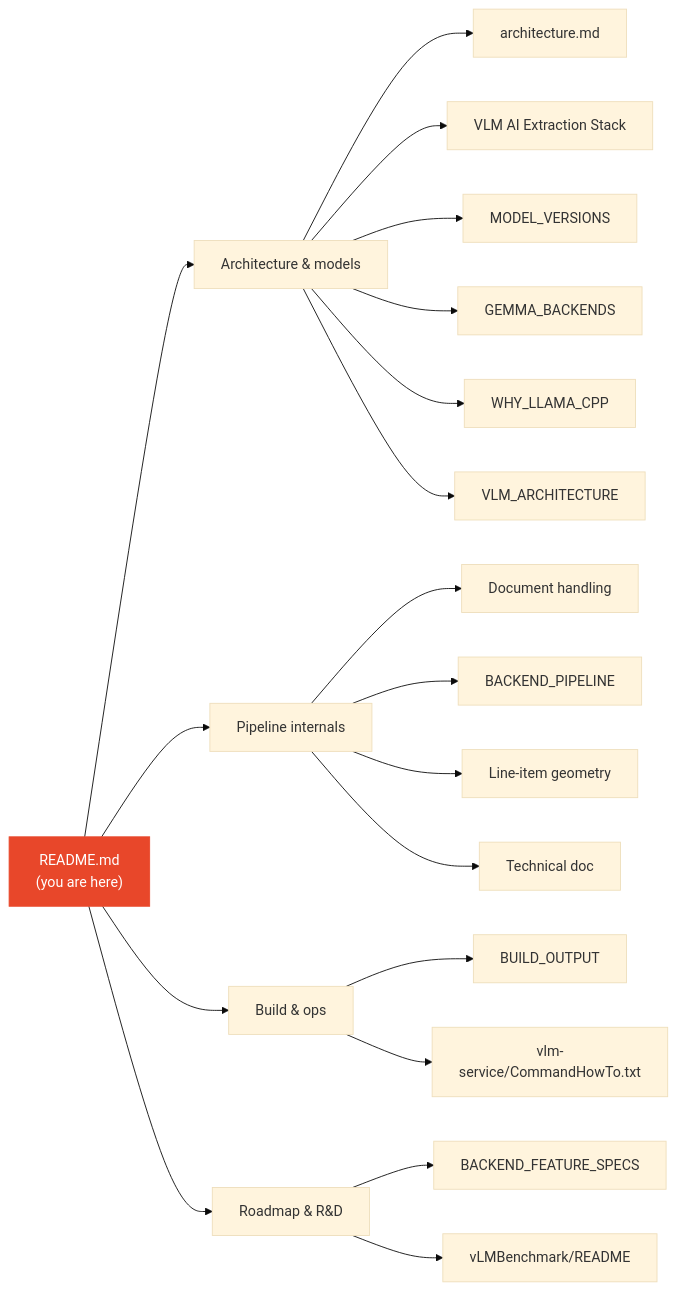
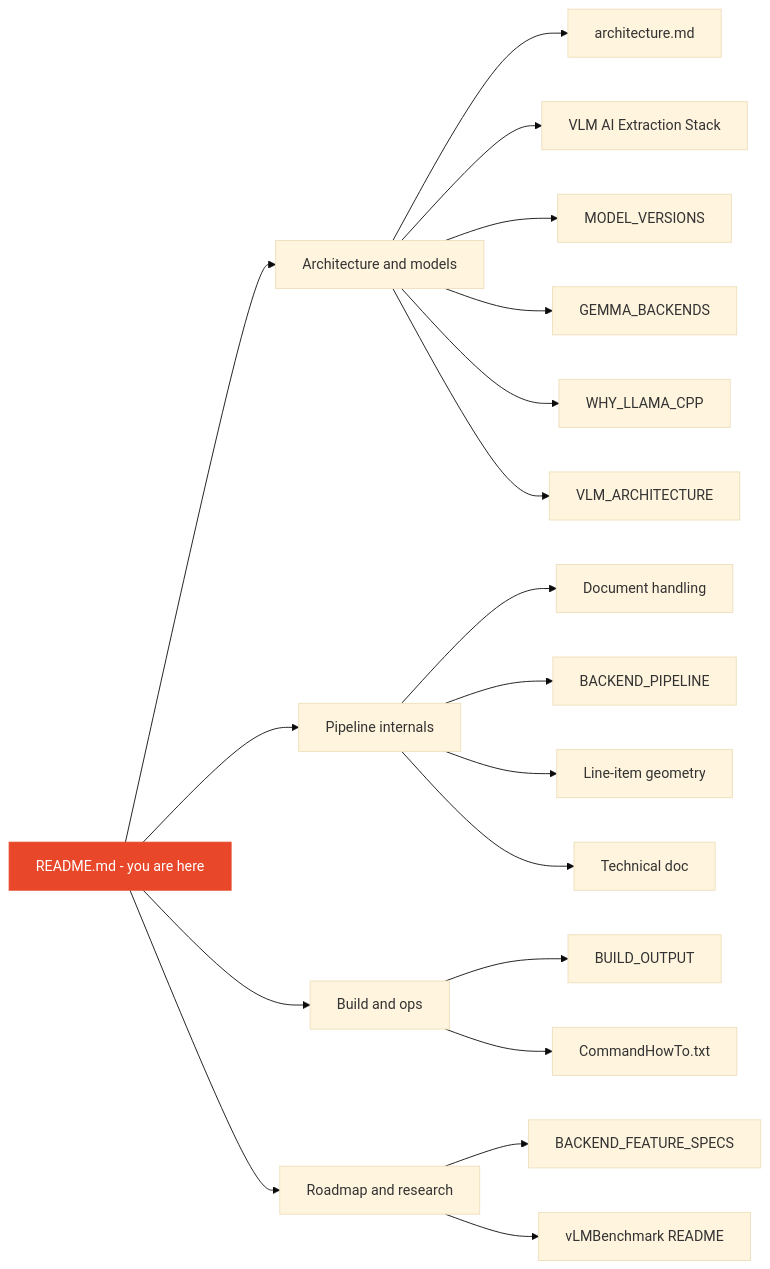
Before and after one commit to georgeGeorgakakos/optimusInvoice: the second of 6 diagrams in README.md, drawn with Mermaid (base theme). The commit also changed other lines of this file, not shown here.

````diff
--- a/README.md
+++ b/README.md
@@ -136,23 +136,23 @@
 ```mermaid
 flowchart LR
-    R["README.md<br/>(you are here)"]:::main
-    R --> A["Architecture &amp; models"]
+    R["README.md - you are here"]
+    R --> A["Architecture and models"]
     R --> P["Pipeline internals"]
-    R --> O["Build &amp; ops"]
-    R --> F["Roadmap &amp; R&amp;D"]
-    A --> A1[architecture.md]
-    A --> A2[VLM AI Extraction Stack]
-    A --> A3[MODEL_VERSIONS]
-    A --> A4[GEMMA_BACKENDS]
-    A --> A5[WHY_LLAMA_CPP]
-    A --> A6[VLM_ARCHITECTURE]
-    P --> P1[Document handling]
-    P --> P2[BACKEND_PIPELINE]
-    P --> P3[Line-item geometry]
-    P --> P4[Technical doc]
-    O --> O1[BUILD_OUTPUT]
-    O --> O2[vlm-service/CommandHowTo.txt]
-    F --> F1[BACKEND_FEATURE_SPECS]
-    F --> F2[vLMBenchmark/README]
-    classDef main fill:#E8472A,color:#fff,stroke:#E8472A
+    R --> O["Build and ops"]
+    R --> F["Roadmap and research"]
+    A --> A1["architecture.md"]
+    A --> A2["VLM AI Extraction Stack"]
+    A --> A3["MODEL_VERSIONS"]
+    A --> A4["GEMMA_BACKENDS"]
+    A --> A5["WHY_LLAMA_CPP"]
+    A --> A6["VLM_ARCHITECTURE"]
+    P --> P1["Document handling"]
+    P --> P2["BACKEND_PIPELINE"]
+    P --> P3["Line-item geometry"]
+    P --> P4["Technical doc"]
+    O --> O1["BUILD_OUTPUT"]
+    O --> O2["CommandHowTo.txt"]
+    F --> F1["BACKEND_FEATURE_SPECS"]
+    F --> F2["vLMBenchmark README"]
+    style R fill:#E8472A,color:#fff,stroke:#E8472A
 ```
````
